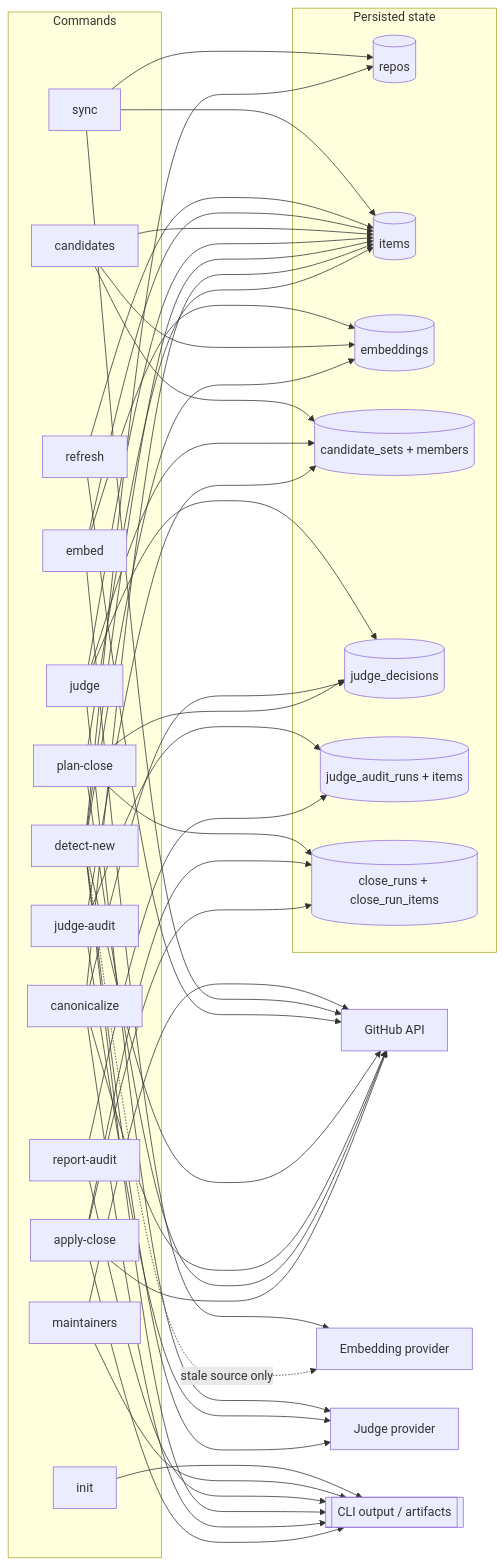
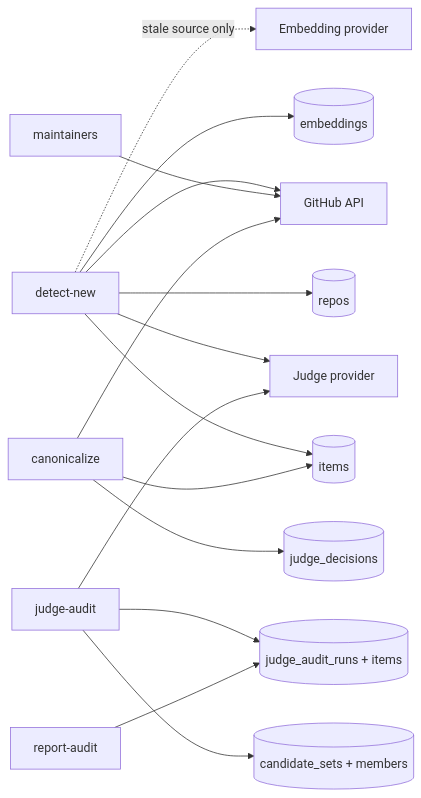
Before and after one commit to sebslight/dupcanon: the sixth of 6 diagrams in docs/architecture.mdx, drawn with Mermaid. The commit also changed other lines of this file, not shown here.

Commit message:
docs(architecture): simplify command-to-state mermaid diagrams

````diff
--- a/docs/architecture.mdx
+++ b/docs/architecture.mdx
@@ -241,88 +275,21 @@
 ```mermaid
 flowchart LR
-  subgraph Cmds[Commands]
-    INIT[init]
-    MAINT[maintainers]
-    SYNC[sync]
-    REF[refresh]
-    EMB[embed]
-    CAND[candidates]
-    JUDGE[judge]
-    AUD[judge-audit]
-    RAUD[report-audit]
-    DET[detect-new]
-    CAN[canonicalize]
-    PLAN[plan-close]
-    APPLY[apply-close]
-  end
+  DET[detect-new] --> REPOS[(repos)]
+  DET --> ITEMS[(items)]
+  DET --> EMBS[(embeddings)]
+  DET -.->|stale source only| EP[Embedding provider]
+  DET --> JP[Judge provider]
+  DET --> GH[GitHub API]
 
-  subgraph State[Persisted state]
-    REPOS[(repos)]
-    ITEMS[(items)]
-    EMBS[(embeddings)]
-    CSETS[(candidate_sets + members)]
-    JDEC[(judge_decisions)]
-    ARUN[(judge_audit_runs + items)]
-    CRUN[(close_runs + close_run_items)]
-  end
+  AUD[judge-audit] --> CSETS[(candidate_sets + members)]
+  AUD --> ARUN[(judge_audit_runs + items)]
+  AUD --> JP
 
-  GH[GitHub API]
-  EP[Embedding provider]
-  JP[Judge provider]
-  OUT[[CLI output / artifacts]]
+  RAUD[report-audit] --> ARUN
 
-  INIT --> OUT
+  MAINT[maintainers] --> GH
 
-  MAINT --> GH
-  MAINT --> OUT
-
-  SYNC --> GH
-  SYNC --> REPOS
-  SYNC --> ITEMS
-
-  REF --> GH
-  REF --> ITEMS
-
-  EMB --> ITEMS
-  EMB --> EP
-  EMB --> EMBS
-
-  CAND --> ITEMS
-  CAND --> EMBS
-  CAND --> CSETS
-
-  JUDGE --> CSETS
-  JUDGE --> ITEMS
-  JUDGE --> JP
-  JUDGE --> JDEC
-
-  AUD --> CSETS
-  AUD --> JP
-  AUD --> ARUN
-
-  RAUD --> ARUN
-  RAUD --> OUT
-
-  DET --> GH
-  DET --> REPOS
-  DET --> ITEMS
-  DET --> EMBS
-  DET -.->|stale source only| EP
-  DET --> JP
-  DET --> OUT
-
-  CAN --> JDEC
+  CAN[canonicalize] --> JDEC[(judge_decisions)]
   CAN --> ITEMS
   CAN --> GH
-  CAN --> OUT
-
-  PLAN --> JDEC
-  PLAN --> ITEMS
-  PLAN --> GH
-  PLAN --> CRUN
-
-  APPLY --> CRUN
-  APPLY --> GH
-  APPLY --> CRUN
-  APPLY --> OUT
 ```
````
